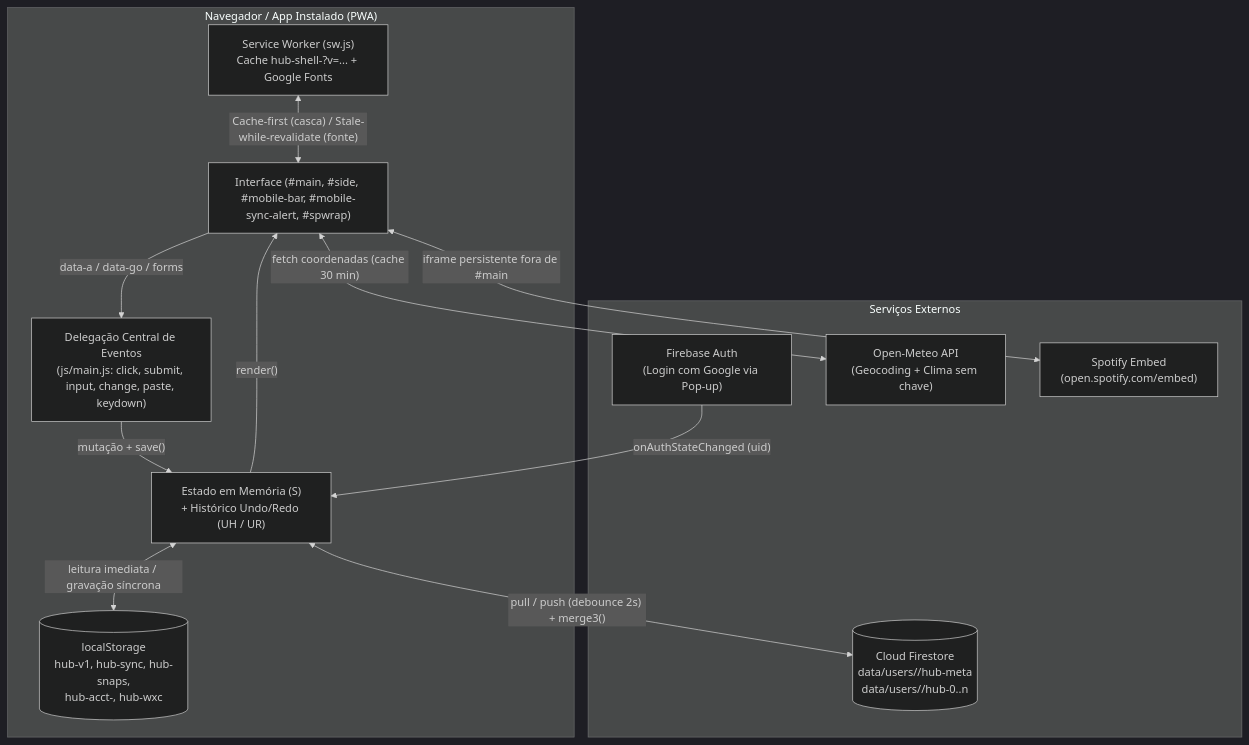
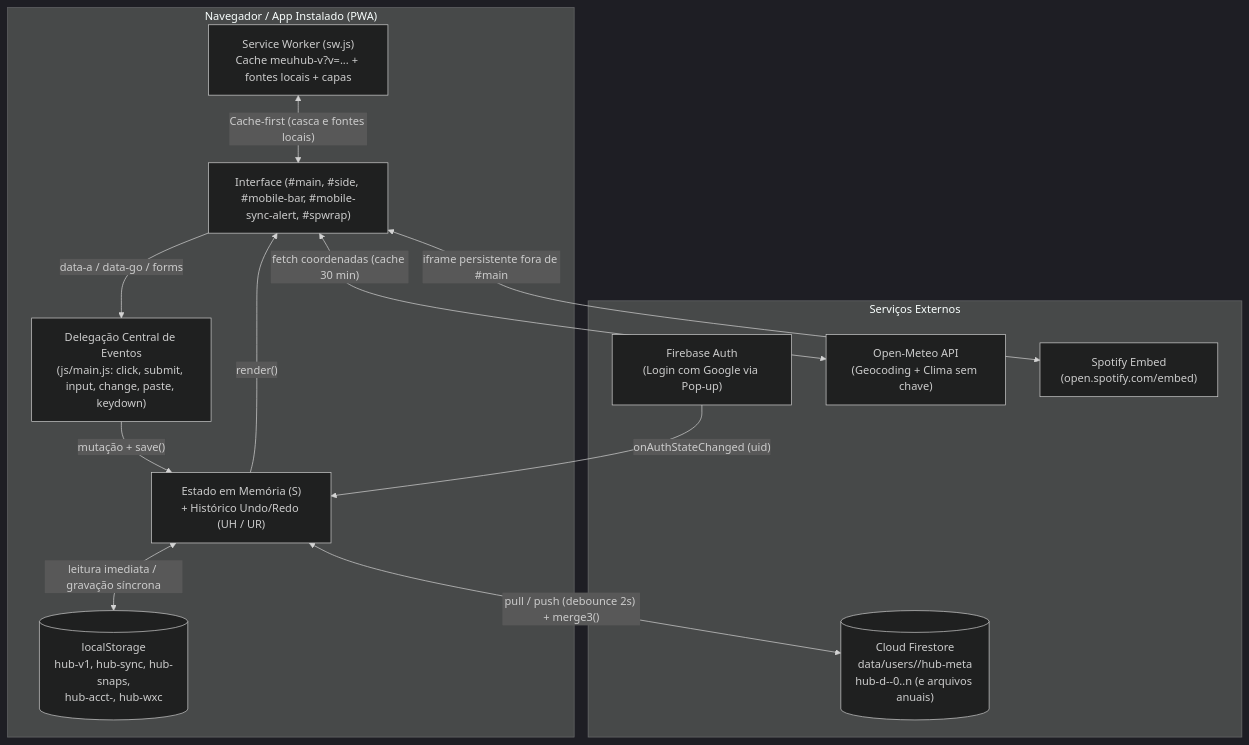
Before and after one commit to vitoriapac/MeuHub: the first of 4 diagrams in ARCHITECTURE.md, drawn with Mermaid (dark theme). The commit also changed other lines of this file and 13 other files, not shown here.

````diff
--- a/ARCHITECTURE.md
+++ b/ARCHITECTURE.md
@@ -16,27 +16,27 @@
 ```mermaid
 flowchart TB
     subgraph Browser["Navegador / App Instalado (PWA)"]
         UI["Interface (#main, #side, #mobile-bar, #mobile-sync-alert, #spwrap)"]
         Events["Delegação Central de Eventos\n(js/main.js: click, submit, input, change, paste, keydown)"]
         State["Estado em Memória (S)\n+ Histórico Undo/Redo (UH / UR)"]
         LS[("localStorage\nhub-v1, hub-sync, hub-snaps,\nhub-acct-<uid>, hub-wxc")]
-        SW["Service Worker (sw.js)\nCache hub-shell-?v=... + Google Fonts"]
+        SW["Service Worker (sw.js)\nCache meuhub-v?v=... + fontes locais + capas"]
     end
 
     subgraph Cloud["Serviços Externos"]
         Auth["Firebase Auth\n(Login com Google via Pop-up)"]
-        FS[("Cloud Firestore\ndata/users/<uid>/hub-meta\ndata/users/<uid>/hub-0..n")]
+        FS[("Cloud Firestore\ndata/users/<uid>/hub-meta\nhub-d-<dom>-0..n (e arquivos anuais)")]
         Meteo["Open-Meteo API\n(Geocoding + Clima sem chave)"]
         Spotify["Spotify Embed\n(open.spotify.com/embed)"]
     end
 
     UI -->|"data-a / data-go / forms"| Events
     Events -->|"mutação + save()"| State
     State -->|"render()"| UI
     State <-->|"leitura imediata / gravação síncrona"| LS
     State <-->|"pull / push (debounce 2s) + merge3()"| FS
     Auth -->|"onAuthStateChanged (uid)"| State
-    SW <-->|"Cache-first (casca) / Stale-while-revalidate (fonte)"| UI
+    SW <-->|"Cache-first (casca e fontes locais)"| UI
     UI <-->|"fetch coordenadas (cache 30 min)"| Meteo
     UI <-->|"iframe persistente fora de #main"| Spotify
 ```
````
